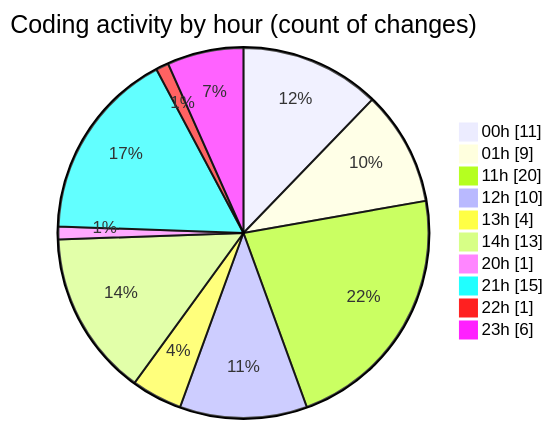
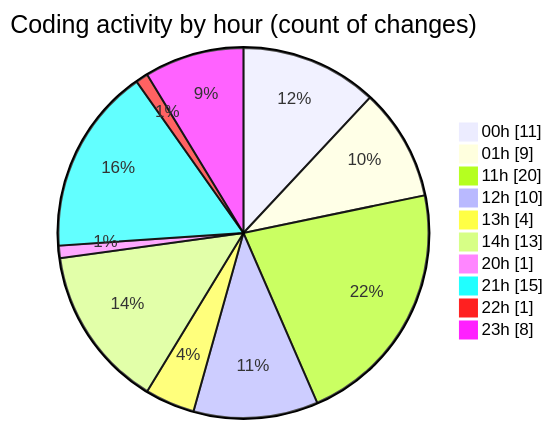
One commit to lephambinh05/code-tracking changed the second of 2 diagrams in 2025-07-18/nhahang/README.md. Above: the diagram before and after it, drawn with Mermaid. The commit also changed other lines of this file and 1 other file, not shown here.

````diff
--- a/2025-07-18/nhahang/README.md
+++ b/2025-07-18/nhahang/README.md
@@ -55,14 +55,14 @@
 ```mermaid
 pie showData
 title Coding activity by hour (count of changes)
 "00h" : 11
 "01h" : 9
 "11h" : 20
 "12h" : 10
 "13h" : 4
 "14h" : 13
 "20h" : 1
 "21h" : 15
 "22h" : 1
-"23h" : 6
+"23h" : 8
 ```
````
